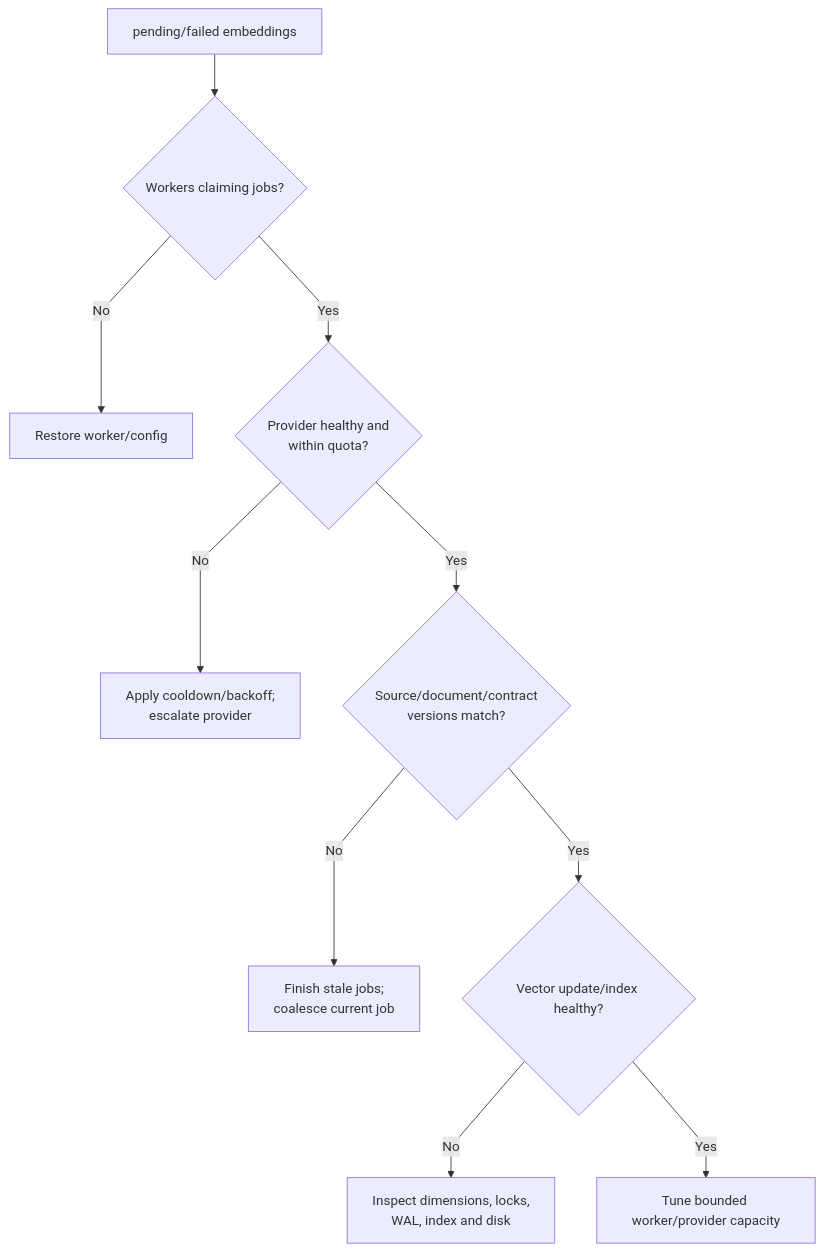
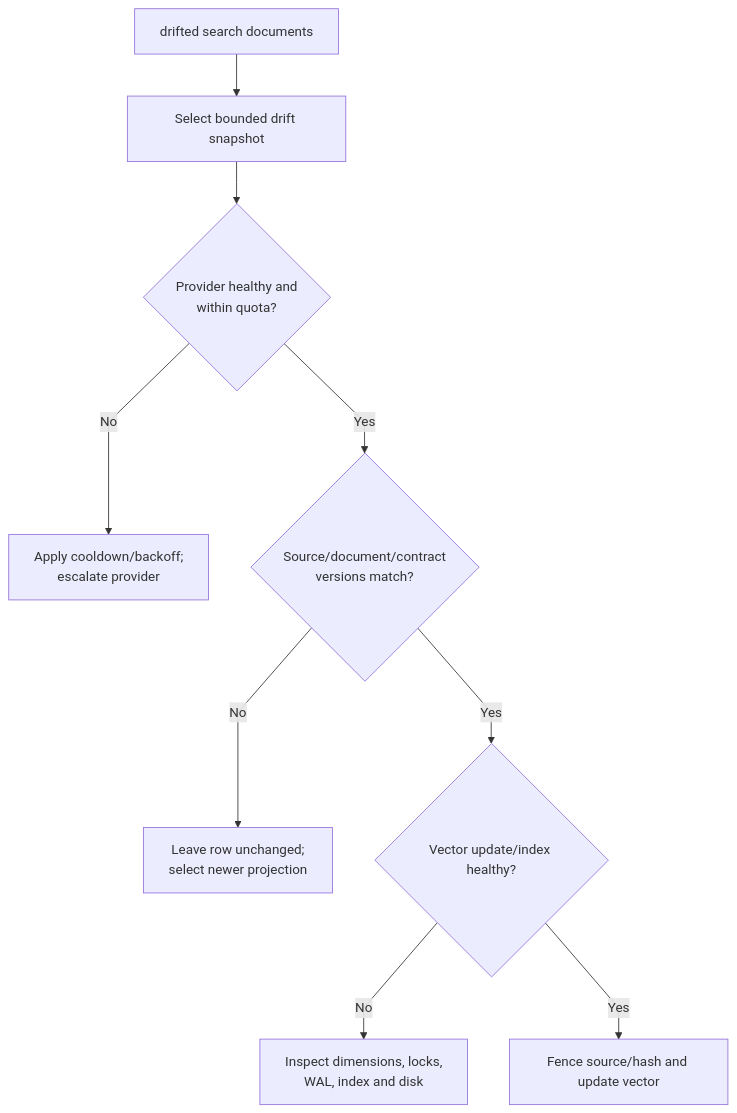
The sixth of 10 diagrams in Operations-Runbook.md (markhuangai/dense-mem), drawn with Mermaid before and after one commit. The commit also changed other lines of this file and 24 other files, not shown here.

````diff
--- a/Operations-Runbook.md
+++ b/Operations-Runbook.md
@@ -489,13 +514,12 @@
 ```mermaid
 %%{init: {"flowchart": {"curve": "linear"}}}%%
 flowchart TD
-  Alert["pending/failed embeddings"] --> Jobs{"Workers claiming jobs?"}
-  Jobs -- No --> Worker["Restore worker/config"]
-  Jobs -- Yes --> Provider{"Provider healthy and<br/>within quota?"}
+  Alert["drifted search documents"] --> Snapshot["Select bounded drift snapshot"]
+  Snapshot --> Provider{"Provider healthy and<br/>within quota?"}
   Provider -- No --> Dependency["Apply cooldown/backoff;<br/>escalate provider"]
   Provider -- Yes --> Versions{"Source/document/contract<br/>versions match?"}
-  Versions -- No --> Supersede["Finish stale jobs;<br/>coalesce current job"]
+  Versions -- No --> Supersede["Leave row unchanged;<br/>select newer projection"]
   Versions -- Yes --> DB{"Vector update/index healthy?"}
   DB -- No --> Index["Inspect dimensions, locks,<br/>WAL, index and disk"]
-  DB -- Yes --> Capacity["Tune bounded worker/provider capacity"]
+  DB -- Yes --> Commit["Fence source/hash and update vector"]
 ```
````
